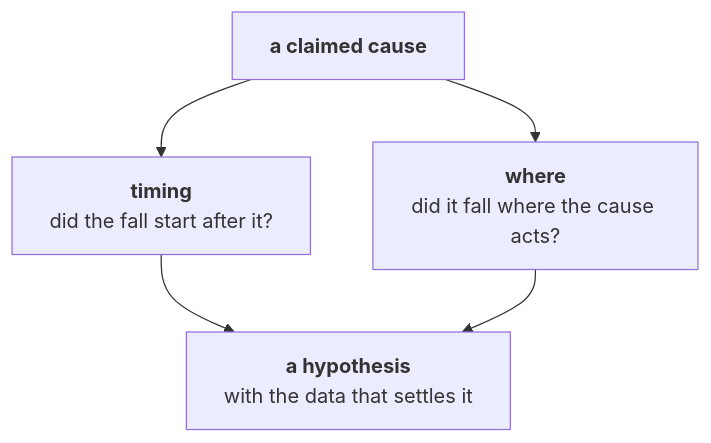
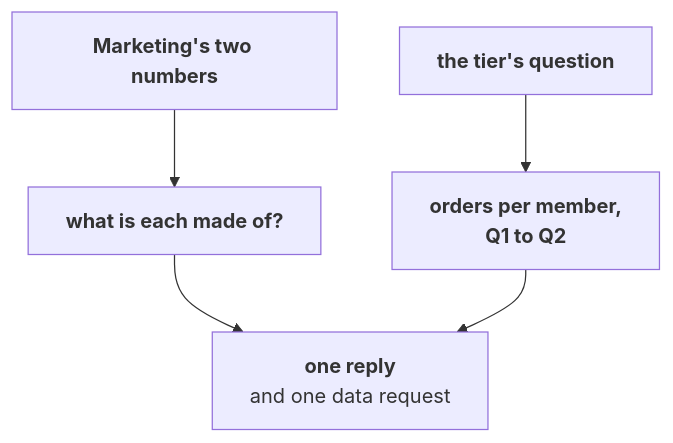
Before and after one commit to fde-academy-lab/c2-content-factory: the diagram in content/W01/D2/exercises/unguided/C2_W01_D02_second_case_STUDENT.md, drawn with Mermaid. The commit also changed other lines of this file and 27 other files, not shown here.

````diff
--- a/content/W01/D2/exercises/unguided/C2_W01_D02_second_case_STUDENT.md
+++ b/content/W01/D2/exercises/unguided/C2_W01_D02_second_case_STUDENT.md
@@ -23,7 +21,7 @@
 ```mermaid
 flowchart TD
-    C["<b>a claimed cause</b>"] --> T1["<b>timing</b><br/>did the fall start after it?"]
-    C --> T2["<b>where</b><br/>did it fall where the cause acts?"]
-    T1 --> H["<b>a hypothesis</b><br/>with the data that settles it"]
-    T2 --> H
+    M["<b>Marketing's two numbers</b>"] --> T1["<b>what is each made of?</b>"]
+    H["<b>the tier's question</b>"] --> T2["<b>orders per member,<br/>Q1 to Q2</b>"]
+    T1 --> R["<b>one reply</b><br/>and one data request"]
+    T2 --> R
 ```
````
